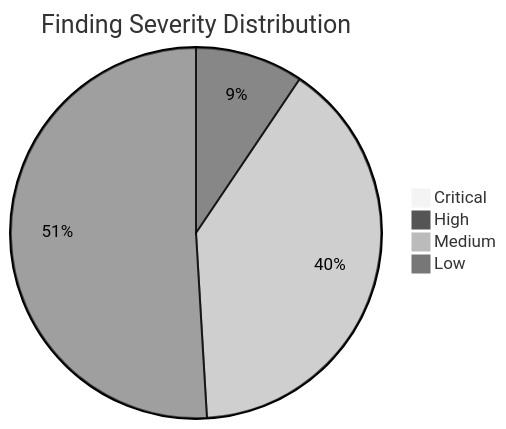
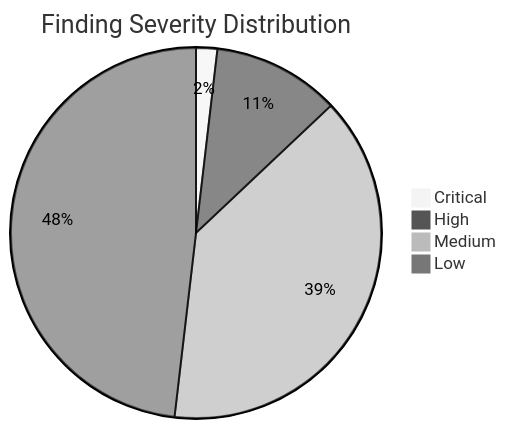
Before and after one commit to blitzy-public-samples/blitzy-kafka: the diagram in docs/security-audit/severity-matrix.md, drawn with Mermaid. The commit also changed other lines of this file and 7 other files, not shown here.

````diff
--- a/docs/security-audit/severity-matrix.md
+++ b/docs/security-audit/severity-matrix.md
@@ -105,8 +105,8 @@
 ```mermaid
 %%{init: {'theme':'neutral'}}%%
 pie title Finding Severity Distribution
-    "Critical" : 0
-    "High" : 5
+    "Critical" : 1
+    "High" : 6
     "Medium" : 21
-    "Low" : 27
+    "Low" : 26
 ```
````
